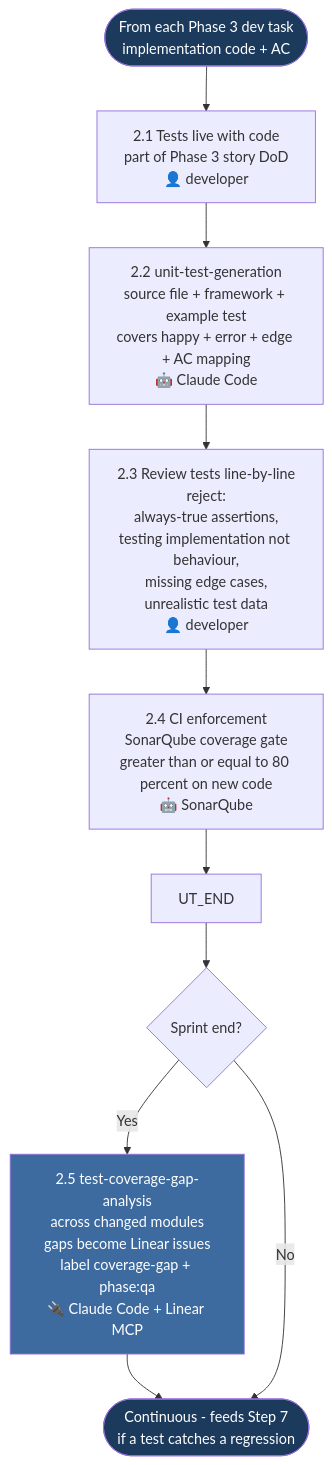
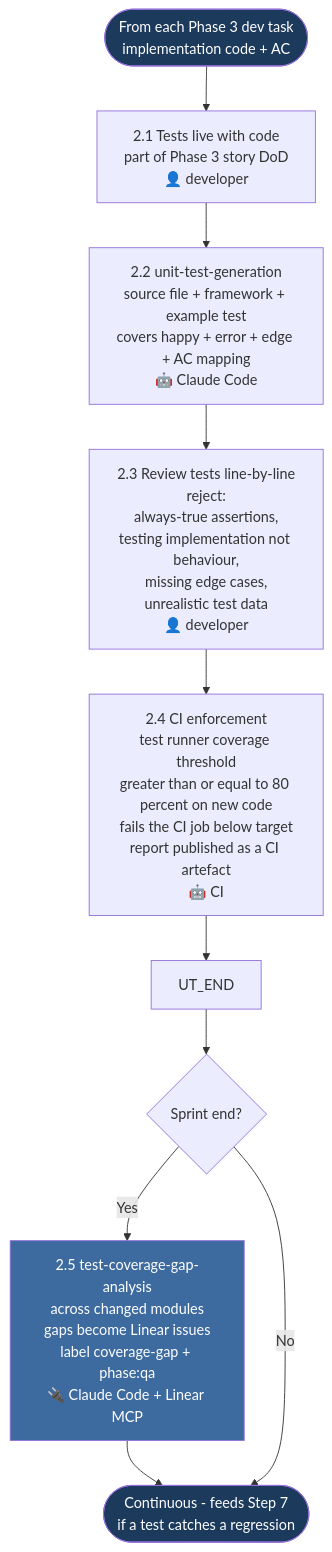
One commit to kalpat-allion/ai-dlc changed the third of 10 diagrams in aidlc-phases/04-testing-and-qa/FLOWCHART.md. Above: the diagram before and after it, drawn with Mermaid. The commit also changed other lines of this file and 39 other files, not shown here.

````diff
--- a/aidlc-phases/04-testing-and-qa/FLOWCHART.md
+++ b/aidlc-phases/04-testing-and-qa/FLOWCHART.md
@@ -139,19 +130,19 @@
 ```mermaid
 flowchart TD
     UT_IN([From each Phase 3 dev task<br/>implementation code + AC]) --> UT1
 
     UT1[2.1 Tests live with code<br/>part of Phase 3 story DoD<br/>👤 developer] --> UT2
     UT2[2.2 unit-test-generation<br/>source file + framework + example test<br/>covers happy + error + edge + AC mapping<br/>🤖 Claude Code] --> UT3
 
     UT3[2.3 Review tests line-by-line<br/>reject:<br/>always-true assertions,<br/>testing implementation not behaviour,<br/>missing edge cases,<br/>unrealistic test data<br/>👤 developer] --> UT4
-    UT4[2.4 CI enforcement<br/>SonarQube coverage gate<br/>greater than or equal to 80 percent on new code<br/>🤖 SonarQube] --> UT_END
+    UT4[2.4 CI enforcement<br/>test runner coverage threshold<br/>greater than or equal to 80 percent on new code<br/>fails the CI job below target<br/>report published as a CI artefact<br/>🤖 CI] --> UT_END
 
     UT_END --> UT5{Sprint end?}
     UT5 -- Yes --> UT5A[2.5 test-coverage-gap-analysis<br/>across changed modules<br/>gaps become Linear issues<br/>label coverage-gap + phase:qa<br/>🔌 Claude Code + Linear MCP]
     UT5A --> UT_OUT
     UT5 -- No --> UT_OUT([Continuous - feeds Step 7<br/>if a test catches a regression])
 
     style UT_IN fill:#1B3A5C,color:#fff
     style UT_OUT fill:#1B3A5C,color:#fff
     style UT5A fill:#3D6B9F,color:#fff
 ```
````
